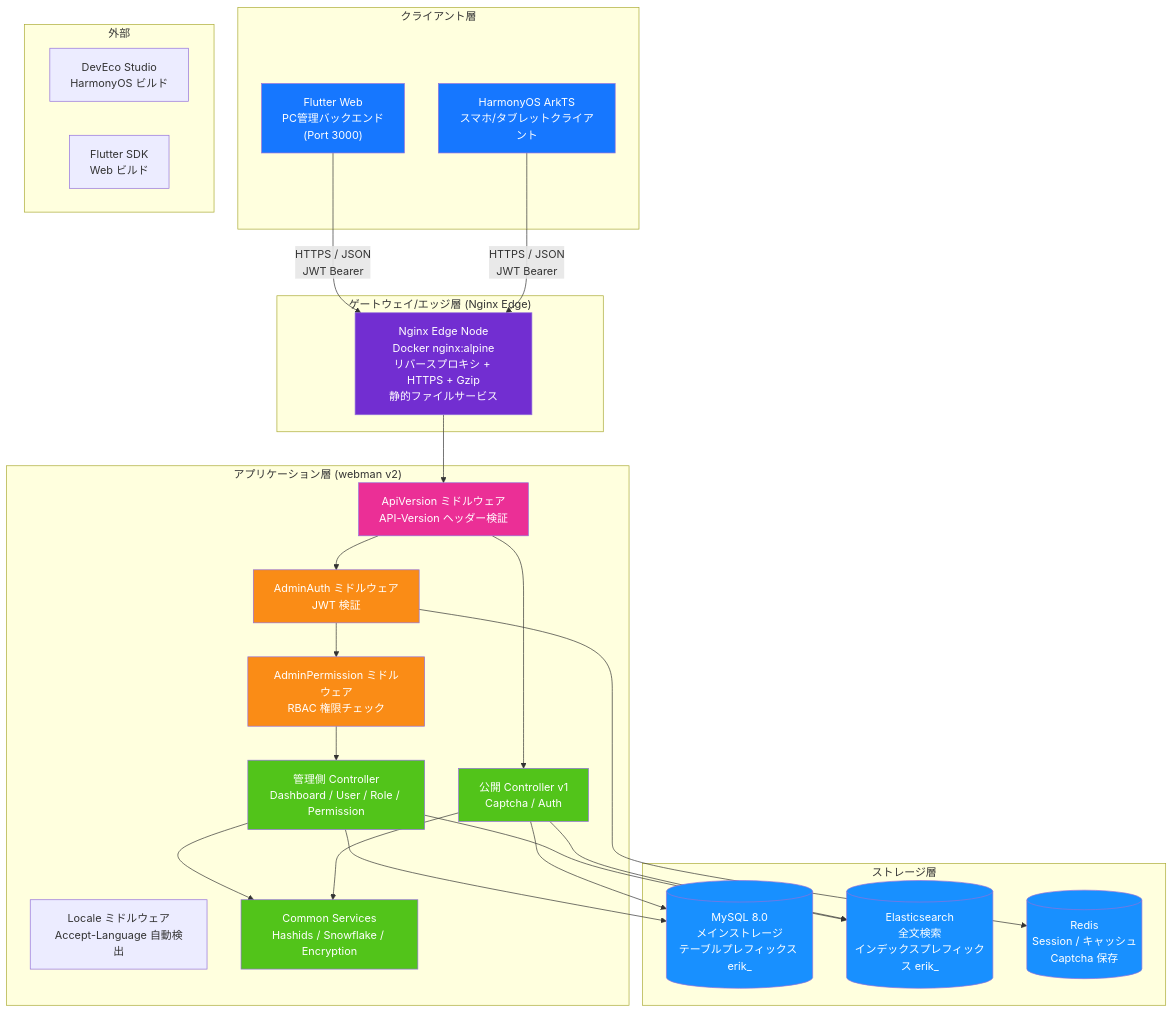
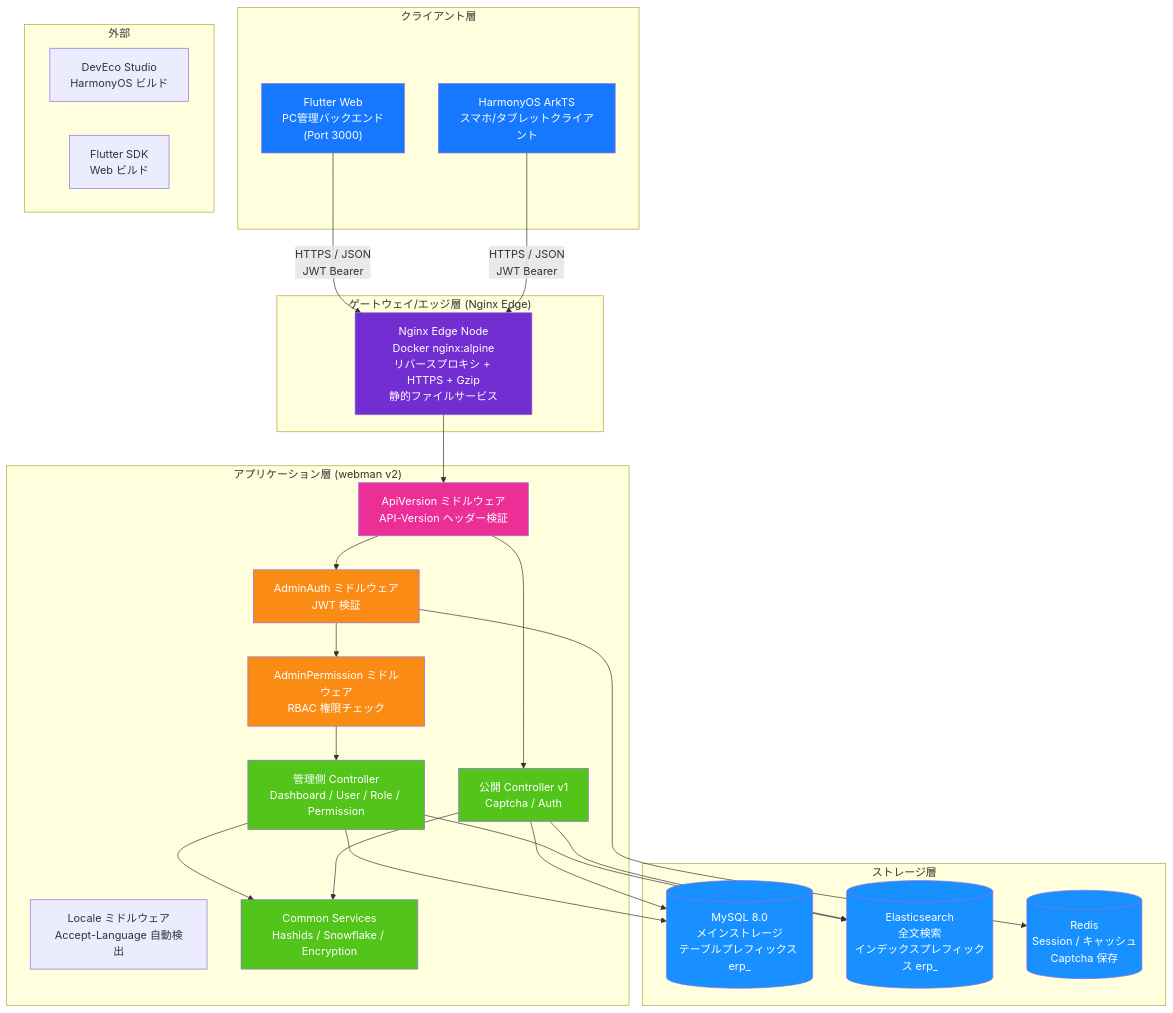
Before and after one commit to erikwang2013/erp-php: the first of 20 diagrams in docs/i18n/ja/ARCHITECTURE.md, drawn with Mermaid. The commit also changed other lines of this file and 449 other files, not shown here.

First line of the commit message:
全局命名统一：数据库 erp、表前缀 erp_、Redis 前缀 erp:（原 erik_/open_admin）

````diff
--- a/docs/i18n/ja/ARCHITECTURE.md
+++ b/docs/i18n/ja/ARCHITECTURE.md
@@ -11,60 +11,60 @@
 ```mermaid
 flowchart TB
     subgraph "クライアント層"
         A1["Flutter Web<br/>PC管理バックエンド<br/>(Port 3000)"]
         A2["HarmonyOS ArkTS<br/>スマホ/タブレットクライアント"]
     end
 
     subgraph "ゲートウェイ/エッジ層 (Nginx Edge)"
         B1["Nginx Edge Node<br/>Docker nginx:alpine<br/>リバースプロキシ + HTTPS + Gzip<br/>静的ファイルサービス"]
     end
 
     subgraph "アプリケーション層 (webman v2)"
         C_LOC["Locale ミドルウェア<br/>Accept-Language 自動検出"]
         C0["ApiVersion ミドルウェア<br/>API-Version ヘッダー検証"]
         C1["AdminAuth ミドルウェア<br/>JWT 検証"]
         C2["AdminPermission ミドルウェア<br/>RBAC 権限チェック"]
         C3["管理側 Controller<br/>Dashboard / User / Role / Permission"]
         C4["公開 Controller v1<br/>Captcha / Auth"]
         C5["Common Services<br/>Hashids / Snowflake / Encryption"]
     end
 
     subgraph "ストレージ層"
-        D1[("MySQL 8.0<br/>メインストレージ<br/>テーブルプレフィックス erik_")]
-        D2[("Elasticsearch<br/>全文検索<br/>インデックスプレフィックス erik_")]
+        D1[("MySQL 8.0<br/>メインストレージ<br/>テーブルプレフィックス erp_")]
+        D2[("Elasticsearch<br/>全文検索<br/>インデックスプレフィックス erp_")]
         D3[("Redis<br/>Session / キャッシュ<br/>Captcha 保存")]
     end
 
     subgraph "外部"
         E1["DevEco Studio<br/>HarmonyOS ビルド"]
         E2["Flutter SDK<br/>Web ビルド"]
     end
 
     A1 -->|"HTTPS / JSON<br/>JWT Bearer"| B1
     A2 -->|"HTTPS / JSON<br/>JWT Bearer"| B1
     B1 --> C0
     C0 --> C1
     C1 --> C2
     C2 --> C3
     C0 --> C4
     C3 --> C5
     C4 --> C5
     C3 --> D1
     C4 --> D1
     C3 --> D2
     C4 --> D2
     C1 --> D3
 
     style A1 fill:#1677FF,color:#fff
     style A2 fill:#1677FF,color:#fff
     style B1 fill:#722ED1,color:#fff
     style C0 fill:#EB2F96,color:#fff
     style C1 fill:#FA8C16,color:#fff
     style C2 fill:#FA8C16,color:#fff
     style C3 fill:#52C41A,color:#fff
     style C4 fill:#52C41A,color:#fff
     style C5 fill:#52C41A,color:#fff
     style D1 fill:#1890FF,color:#fff
     style D2 fill:#1890FF,color:#fff
     style D3 fill:#1890FF,color:#fff
 ```
````
